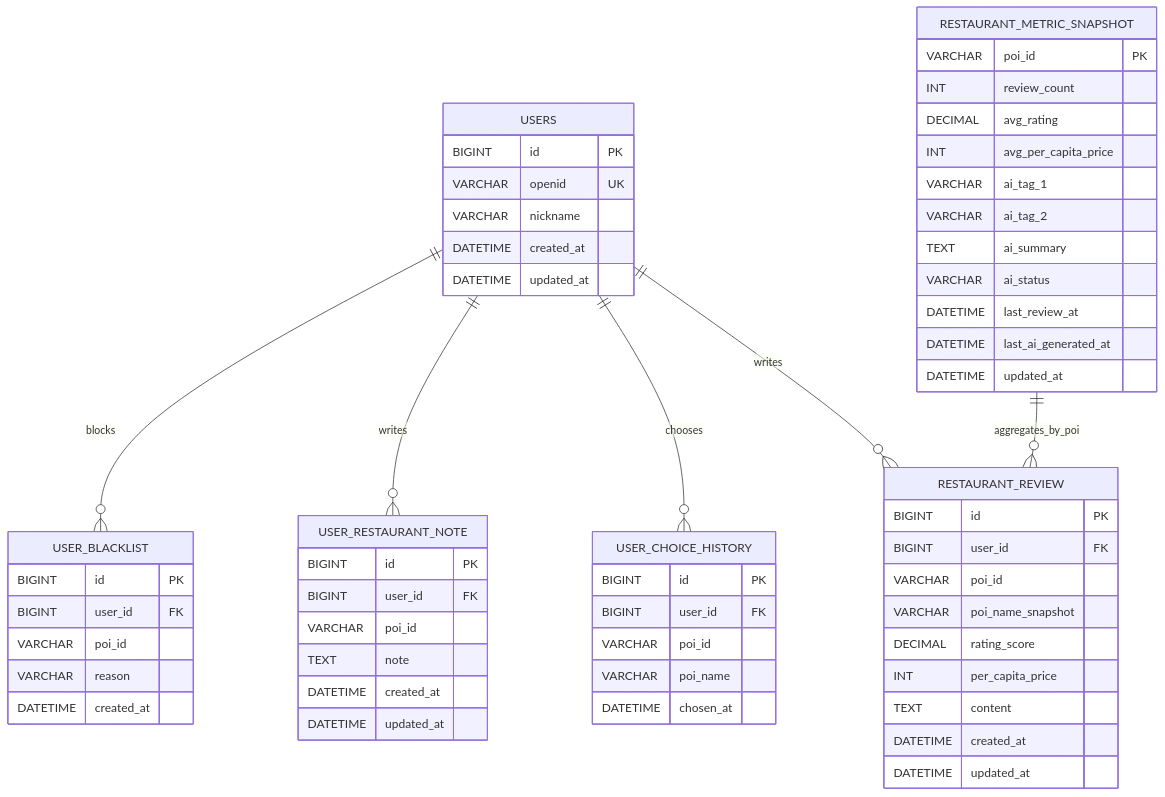
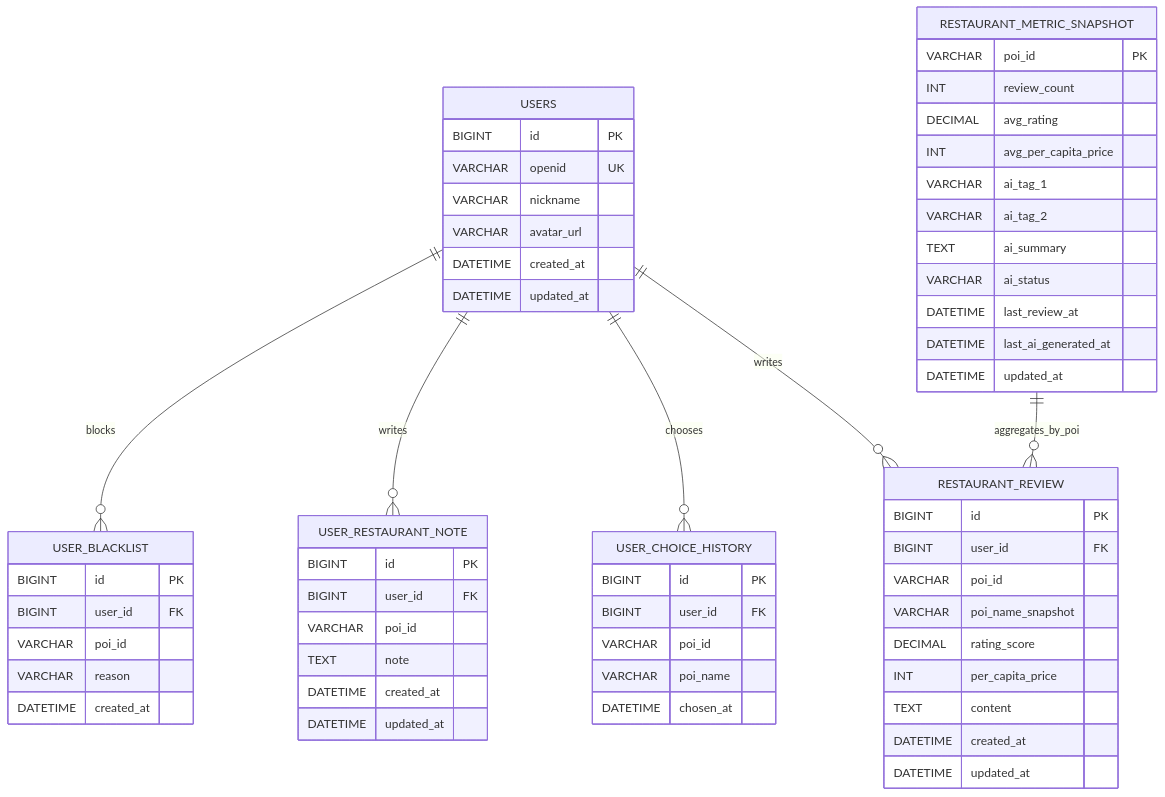
The diagram in docs/database.md (Ryan041001/WhatToEat), drawn with Mermaid before and after one commit. The commit also changed other lines of this file and 53 other files, not shown here.

````diff
--- a/docs/database.md
+++ b/docs/database.md
@@ -21,67 +21,68 @@
 ```mermaid
 erDiagram
     USERS ||--o{ USER_BLACKLIST : blocks
     USERS ||--o{ USER_RESTAURANT_NOTE : writes
     USERS ||--o{ USER_CHOICE_HISTORY : chooses
     USERS ||--o{ RESTAURANT_REVIEW : writes
     RESTAURANT_METRIC_SNAPSHOT ||--o{ RESTAURANT_REVIEW : aggregates_by_poi
 
     USERS {
       BIGINT id PK
       VARCHAR openid UK
       VARCHAR nickname
+      VARCHAR avatar_url
       DATETIME created_at
       DATETIME updated_at
     }
 
     USER_BLACKLIST {
       BIGINT id PK
       BIGINT user_id FK
       VARCHAR poi_id
       VARCHAR reason
       DATETIME created_at
     }
 
     USER_RESTAURANT_NOTE {
       BIGINT id PK
       BIGINT user_id FK
       VARCHAR poi_id
       TEXT note
       DATETIME created_at
       DATETIME updated_at
     }
 
     USER_CHOICE_HISTORY {
       BIGINT id PK
       BIGINT user_id FK
       VARCHAR poi_id
       VARCHAR poi_name
       DATETIME chosen_at
     }
 
     RESTAURANT_REVIEW {
       BIGINT id PK
       BIGINT user_id FK
       VARCHAR poi_id
       VARCHAR poi_name_snapshot
       DECIMAL rating_score
       INT per_capita_price
       TEXT content
       DATETIME created_at
       DATETIME updated_at
     }
 
     RESTAURANT_METRIC_SNAPSHOT {
       VARCHAR poi_id PK
       INT review_count
       DECIMAL avg_rating
       INT avg_per_capita_price
       VARCHAR ai_tag_1
       VARCHAR ai_tag_2
       TEXT ai_summary
       VARCHAR ai_status
       DATETIME last_review_at
       DATETIME last_ai_generated_at
       DATETIME updated_at
     }
 ```
````
